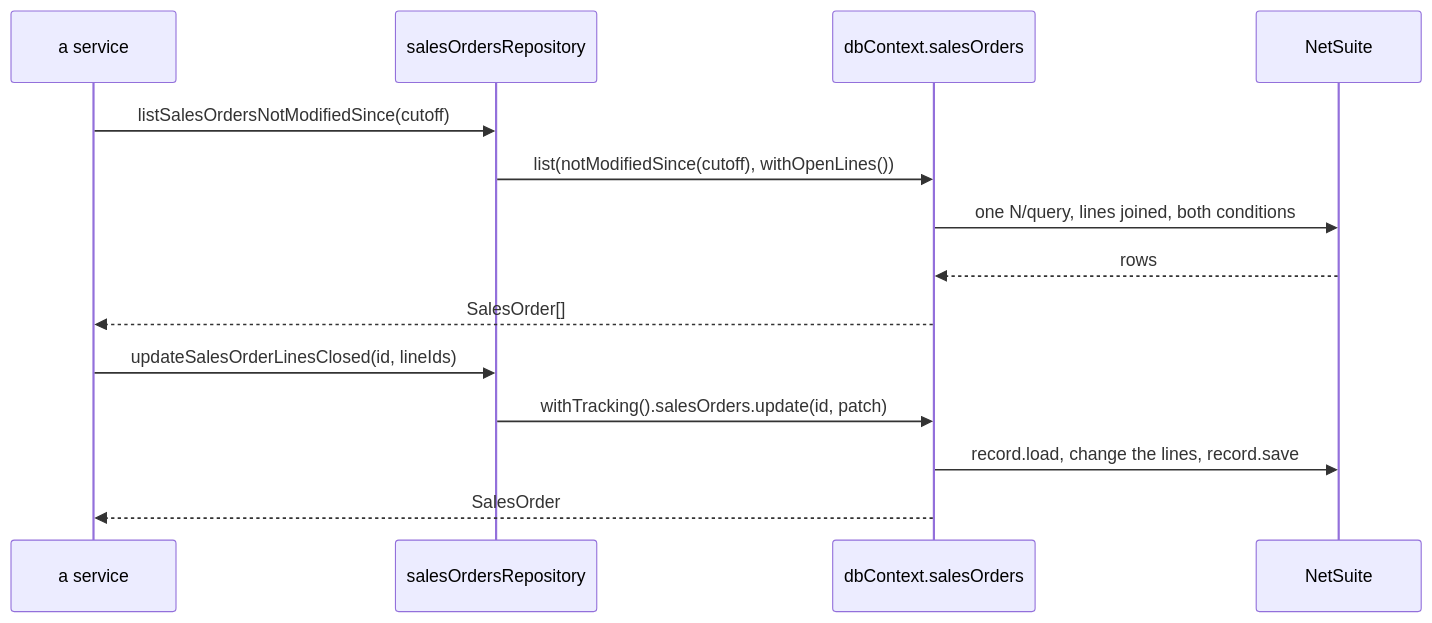
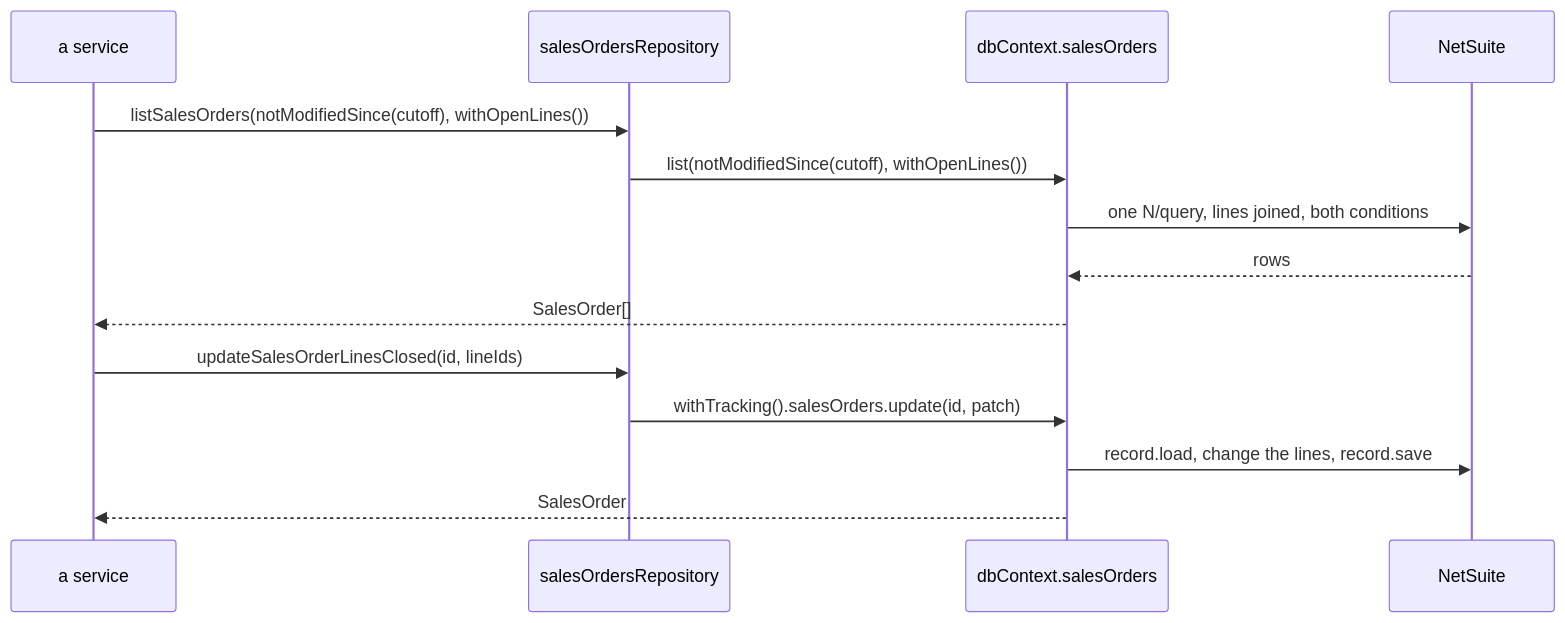
One commit to AmeriLux-Dev/netsuite-project-templates changed the diagram in react-app/how-to-use/repositories/model-and-repository.md. Above: the diagram before and after it, drawn with Mermaid. The commit also changed other lines of this file and 19 other files, not shown here.

````diff
--- a/react-app/how-to-use/repositories/model-and-repository.md
+++ b/react-app/how-to-use/repositories/model-and-repository.md
@@ -274,16 +330,16 @@
 ```mermaid
 sequenceDiagram
     participant Service as a service
     participant Repository as salesOrdersRepository
     participant Set as dbContext.salesOrders
     participant NetSuite
-    Service->>Repository: listSalesOrdersNotModifiedSince(cutoff)
+    Service->>Repository: listSalesOrders(notModifiedSince(cutoff), withOpenLines())
     Repository->>Set: list(notModifiedSince(cutoff), withOpenLines())
     Set->>NetSuite: one N/query, lines joined, both conditions
     NetSuite-->>Set: rows
     Set-->>Service: SalesOrder[]
     Service->>Repository: updateSalesOrderLinesClosed(id, lineIds)
     Repository->>Set: withTracking().salesOrders.update(id, patch)
     Set->>NetSuite: record.load, change the lines, record.save
     Set-->>Service: SalesOrder
 ```
````
